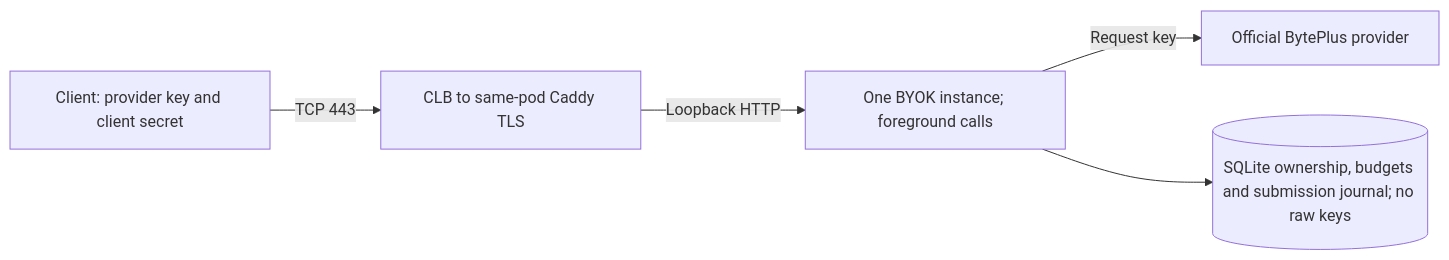
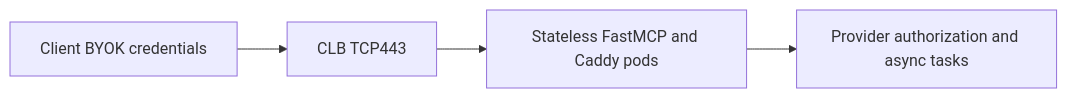
One commit to byteplus-sa/seed-mcp changed the diagram in docs/self-hosting.md. Above: the diagram before and after it, drawn with Mermaid. The commit also changed other lines of this file and 132 other files, not shown here.

First line of the commit message:
feat!: make hosted HTTP stateless with optional TOS uploads

````diff
--- a/docs/self-hosting.md
+++ b/docs/self-hosting.md
@@ -98,7 +76,6 @@
 ```mermaid
 flowchart LR
-    Client["Client: provider key and client secret"] -->|TCP 443| Ingress["CLB to same-pod Caddy TLS"]
-    Ingress -->|Loopback HTTP| Server["One BYOK instance; foreground calls"]
-    Server -->|Request key| Provider["Official BytePlus provider"]
-    Server --> State[("SQLite ownership, budgets and submission journal; no raw keys")]
+    Client["Client BYOK credentials"] --> CLB["CLB TCP443"]
+    CLB --> Pods["Stateless FastMCP and Caddy pods"]
+    Pods --> Provider["Provider authorization and async tasks"]
 ```
````
